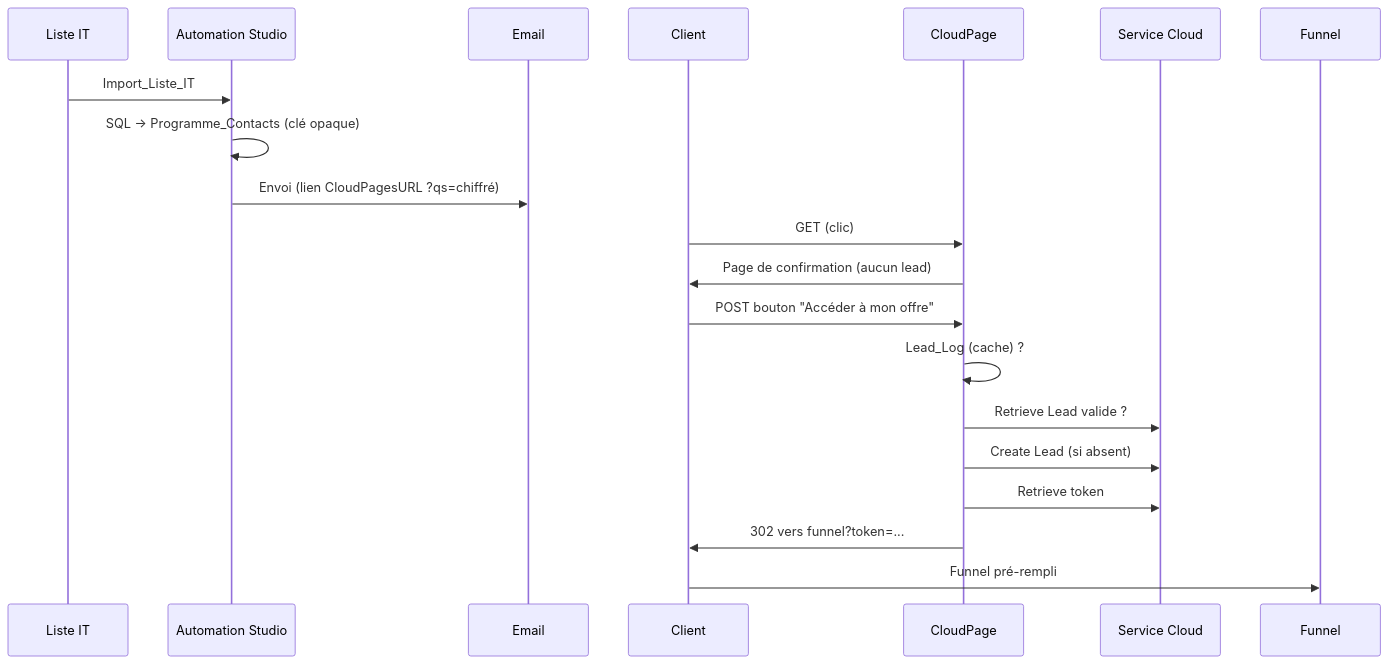
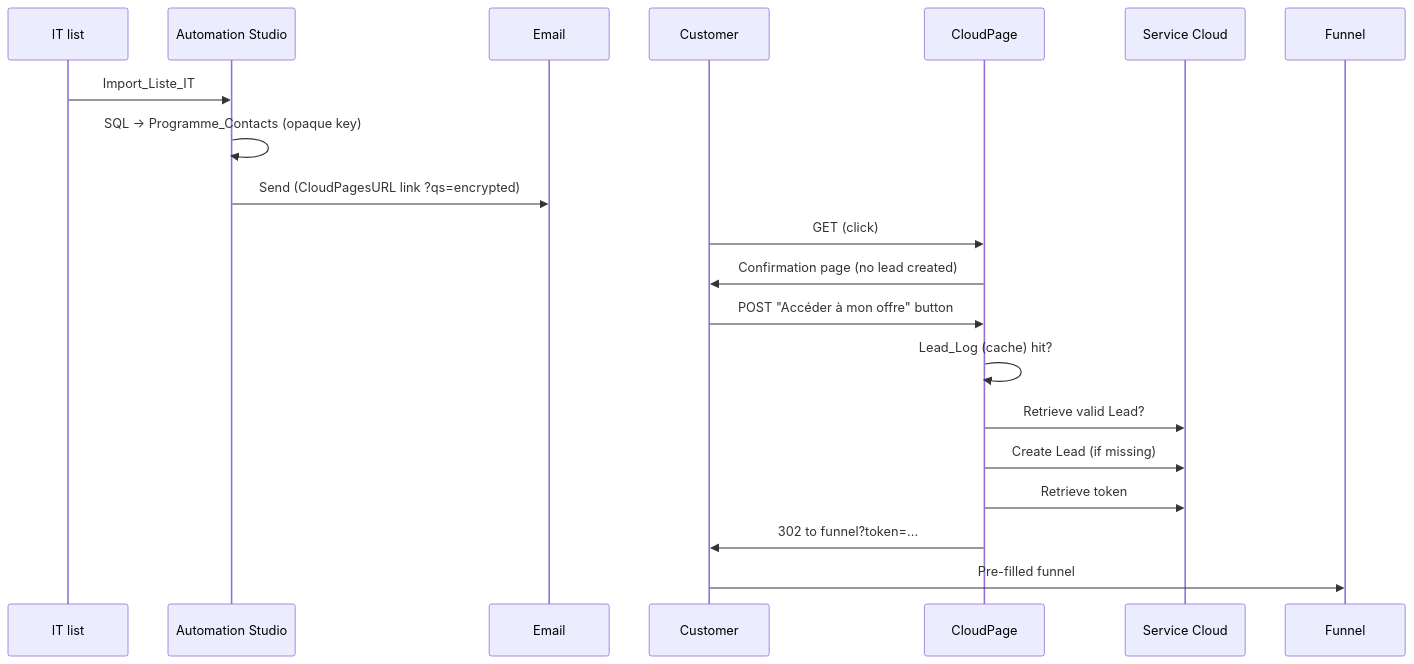
The diagram in README.md (trex13940/sfmc_lead_generation), drawn with Mermaid before and after one commit. The commit also changed other lines of this file and 8 other files, not shown here.

````diff
--- a/README.md
+++ b/README.md
@@ -11,23 +11,23 @@
 ```mermaid
 sequenceDiagram
-    participant IT as Liste IT
+    participant IT as IT list
     participant AS as Automation Studio
     participant E as Email
-    participant C as Client
+    participant C as Customer
     participant CP as CloudPage
     participant SF as Service Cloud
     participant F as Funnel
 
     IT->>AS: Import_Liste_IT
-    AS->>AS: SQL -> Programme_Contacts (clé opaque)
-    AS->>E: Envoi (lien CloudPagesURL ?qs=chiffré)
-    C->>CP: GET (clic)
-    CP->>C: Page de confirmation (aucun lead)
-    C->>CP: POST bouton "Accéder à mon offre"
-    CP->>CP: Lead_Log (cache) ?
-    CP->>SF: Retrieve Lead valide ?
-    CP->>SF: Create Lead (si absent)
+    AS->>AS: SQL -> Programme_Contacts (opaque key)
+    AS->>E: Send (CloudPagesURL link ?qs=encrypted)
+    C->>CP: GET (click)
+    CP->>C: Confirmation page (no lead created)
+    C->>CP: POST "Accéder à mon offre" button
+    CP->>CP: Lead_Log (cache) hit?
+    CP->>SF: Retrieve valid Lead?
+    CP->>SF: Create Lead (if missing)
     CP->>SF: Retrieve token
-    CP->>C: 302 vers funnel?token=...
-    C->>F: Funnel pré-rempli
+    CP->>C: 302 to funnel?token=...
+    C->>F: Pre-filled funnel
 ```
````
